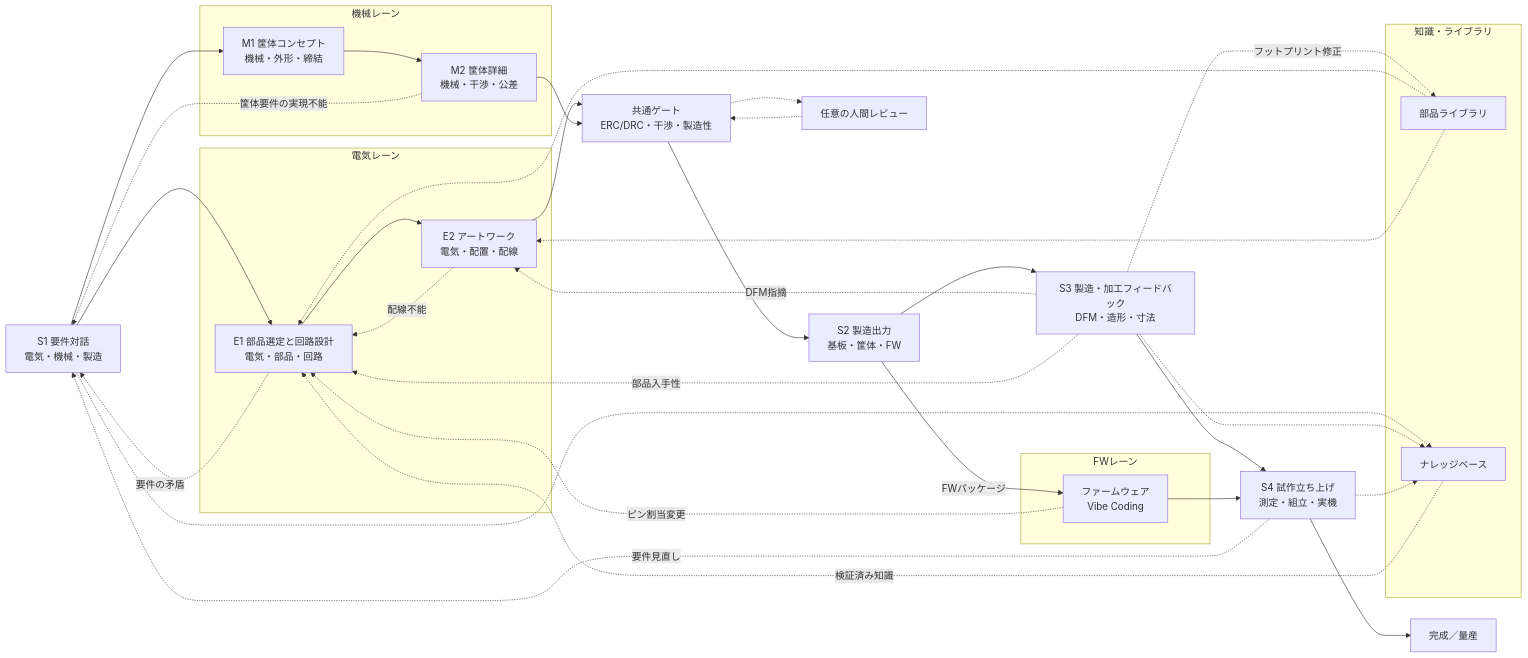
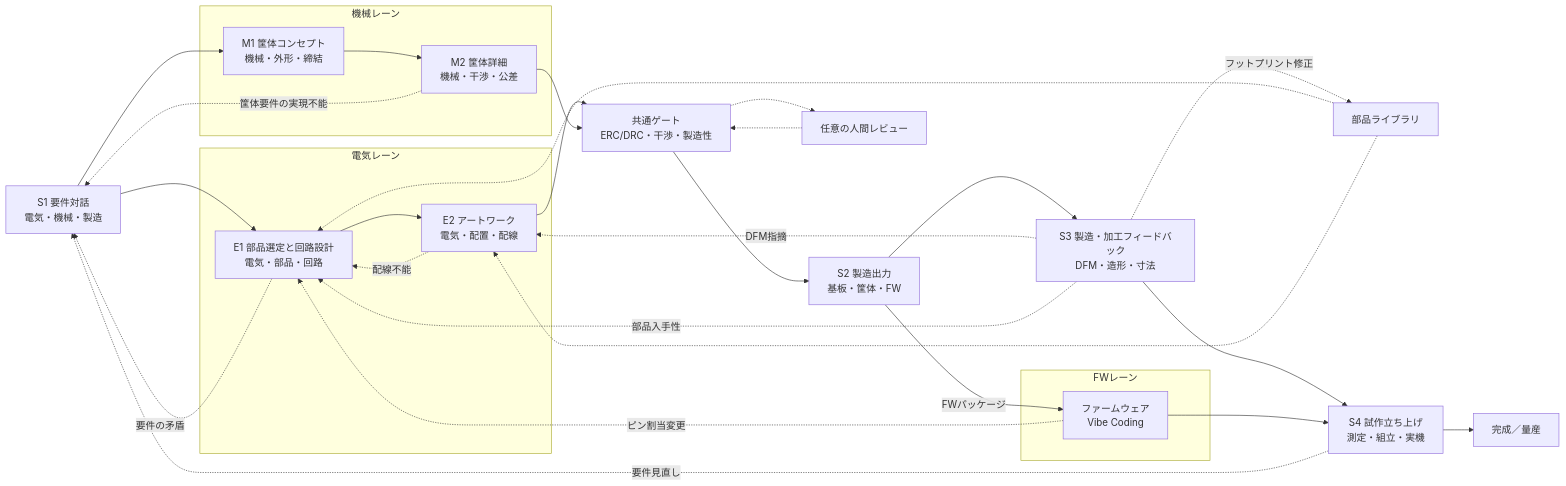
The diagram in README.md (uist1idrju3i/acd-agent), drawn with Mermaid before and after one commit. The commit also changed other lines of this file and 28 other files, not shown here.

````diff
--- a/README.md
+++ b/README.md
@@ -186,47 +156,40 @@
 ```mermaid
 flowchart LR
     S1["S1 要件対話<br/>電気・機械・製造"]
     subgraph ELEC["電気レーン"]
         E1["E1 部品選定と回路設計<br/>電気・部品・回路"]
         E2["E2 アートワーク<br/>電気・配置・配線"]
     end
     subgraph MECH["機械レーン"]
         M1["M1 筐体コンセプト<br/>機械・外形・締結"]
         M2["M2 筐体詳細<br/>機械・干渉・公差"]
     end
     subgraph FWLANE["FWレーン"]
         FW["ファームウェア<br/>Vibe Coding"]
     end
-    subgraph KNOW["知識・ライブラリ"]
-        LIB["部品ライブラリ"]
-        KB["ナレッジベース"]
-    end
+    LIB["部品ライブラリ"]
     S1 --> E1
     S1 --> M1
     E1 --> E2
     M1 --> M2
     E2 --> G["共通ゲート<br/>ERC/DRC・干渉・製造性"]
     M2 --> G
     G --> S2["S2 製造出力<br/>基板・筐体・FW"]
     S2 --> S3["S3 製造・加工フィードバック<br/>DFM・造形・寸法"]
     S3 --> S4["S4 試作立ち上げ<br/>測定・組立・実機"]
     S4 --> DONE["完成／量産"]
     S2 -->|FWパッケージ| FW
     FW --> S4
     LIB -.-> E1
     LIB -.-> E2
     G -.-> HR["任意の人間レビュー"]
     HR -.-> G
     E1 -.->|要件の矛盾| S1
     E2 -.->|配線不能| E1
     M2 -.->|筐体要件の実現不能| S1
     S3 -.->|DFM指摘| E2
     S3 -.->|部品入手性| E1
     S3 -.->|フットプリント修正| LIB
     FW -.->|ピン割当変更| E1
     S4 -.->|要件見直し| S1
-    S1 -.-> KB
-    S3 -.-> KB
-    S4 -.-> KB
-    KB -.->|検証済み知識| E1
 ```
````
